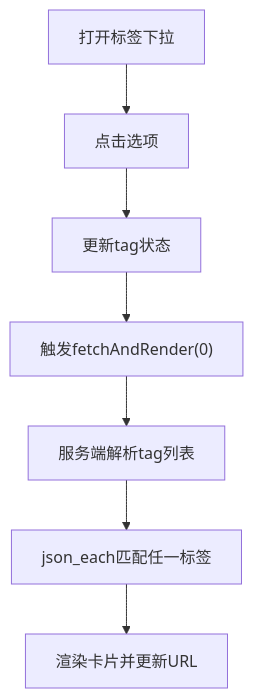
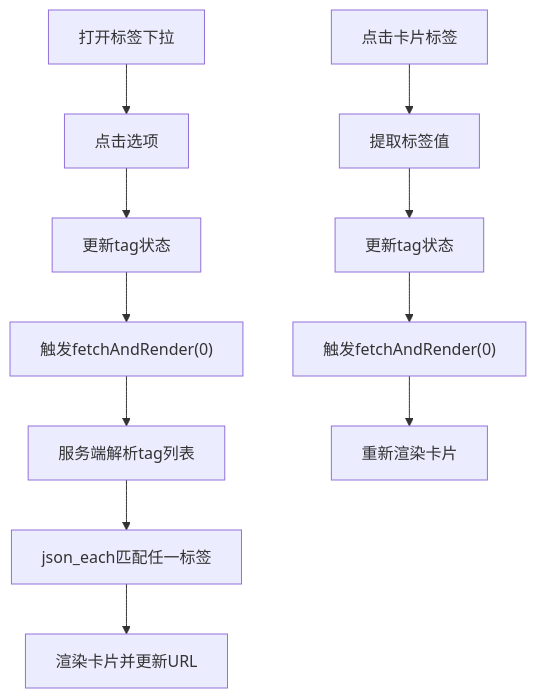
Before and after one commit to BlackBoxRecorder/memos: the fifth of 9 diagrams in .qoder/repowiki/zh/content/前端应用/Masonry瀑布流界面/搜索与过滤功能.md, drawn with Mermaid. The commit also changed other lines of this file and 30 other files, not shown here.

````diff
--- a/.qoder/repowiki/zh/content/前端应用/Masonry瀑布流界面/搜索与过滤功能.md
+++ b/.qoder/repowiki/zh/content/前端应用/Masonry瀑布流界面/搜索与过滤功能.md
@@ -192,9 +213,13 @@
 ```mermaid
 flowchart TD
 Open["打开标签下拉"] --> Select["点击选项"]
 Select --> Update["更新tag状态"]
 Update --> Trigger["触发fetchAndRender(0)"]
 Trigger --> Query["服务端解析tag列表"]
 Query --> SQL["json_each匹配任一标签"]
 SQL --> Render["渲染卡片并更新URL"]
+ClickCard["点击卡片标签"] --> ExtractTag["提取标签值"]
+ExtractTag --> UpdateTag["更新tag状态"]
+UpdateTag --> TriggerFetch["触发fetchAndRender(0)"]
+TriggerFetch --> RenderCard["重新渲染卡片"]
 ```
````
